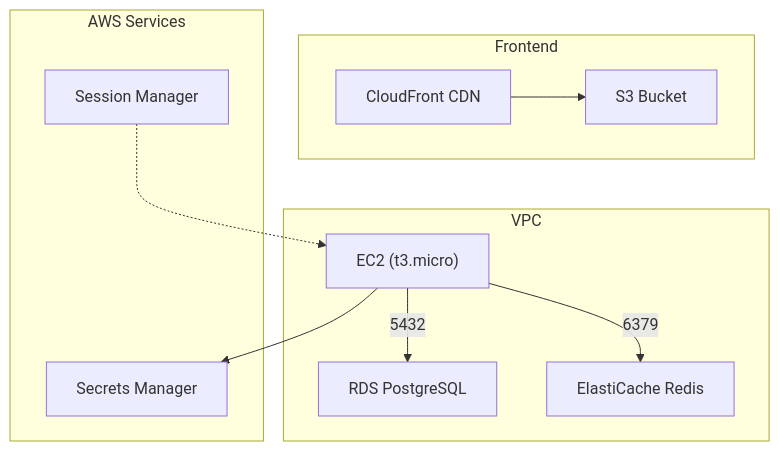
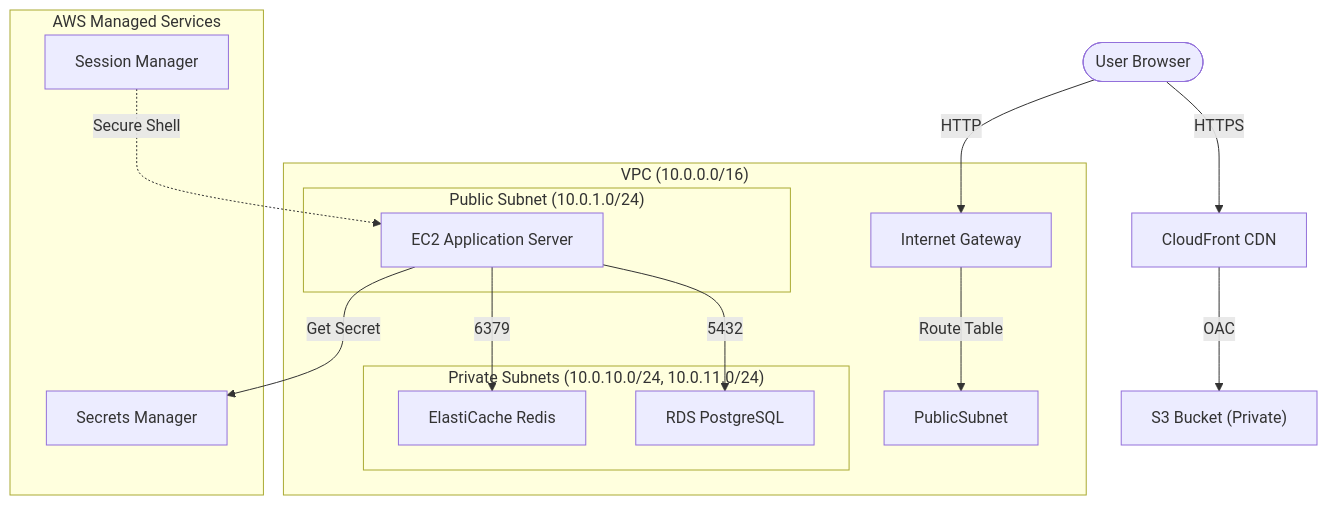
One commit to jeffrey-cordero/capital changed the diagram in aws/terraform.md. Above: the diagram before and after it, drawn with Mermaid. The commit also changed other lines of this file and 7 other files, not shown here.

````diff
--- a/aws/terraform.md
+++ b/aws/terraform.md
@@ -5,24 +5,31 @@
 ```mermaid
 graph TD
-    subgraph "Frontend"
-        CF["CloudFront CDN"]
-        S3["S3 Bucket"]
-        CF --> S3
-    end
+    User([User Browser]) -->|HTTPS| CF[CloudFront CDN]
+    User -->|HTTP| IGW[Internet Gateway]
     
-    subgraph VPC
-        EC2["EC2 (t3.micro)"]
-        RDS["RDS PostgreSQL"]
-        Redis["ElastiCache Redis"]
+    subgraph "VPC (10.0.0.0/16)"
+        IGW -->|Route Table| PublicSubnet
+        
+        subgraph "Public Subnet (10.0.1.0/24)"
+            EC2["EC2 Application Server"]
+        end
+        
+        subgraph "Private Subnets (10.0.10.0/24, 10.0.11.0/24)"
+            RDS["RDS PostgreSQL"]
+            Redis["ElastiCache Redis"]
+        end
+        
         EC2 -->|5432| RDS
         EC2 -->|6379| Redis
     end
     
-    subgraph "AWS Services"
+    CF -->|OAC| S3["S3 Bucket (Private)"]
+    
+    subgraph "AWS Managed Services"
         SM["Secrets Manager"]
         SSM["Session Manager"]
     end
     
-    SSM -.-> EC2
-    EC2 --> SM
+    SSM -.->|Secure Shell| EC2
+    EC2 -->|Get Secret| SM
 ```
````
